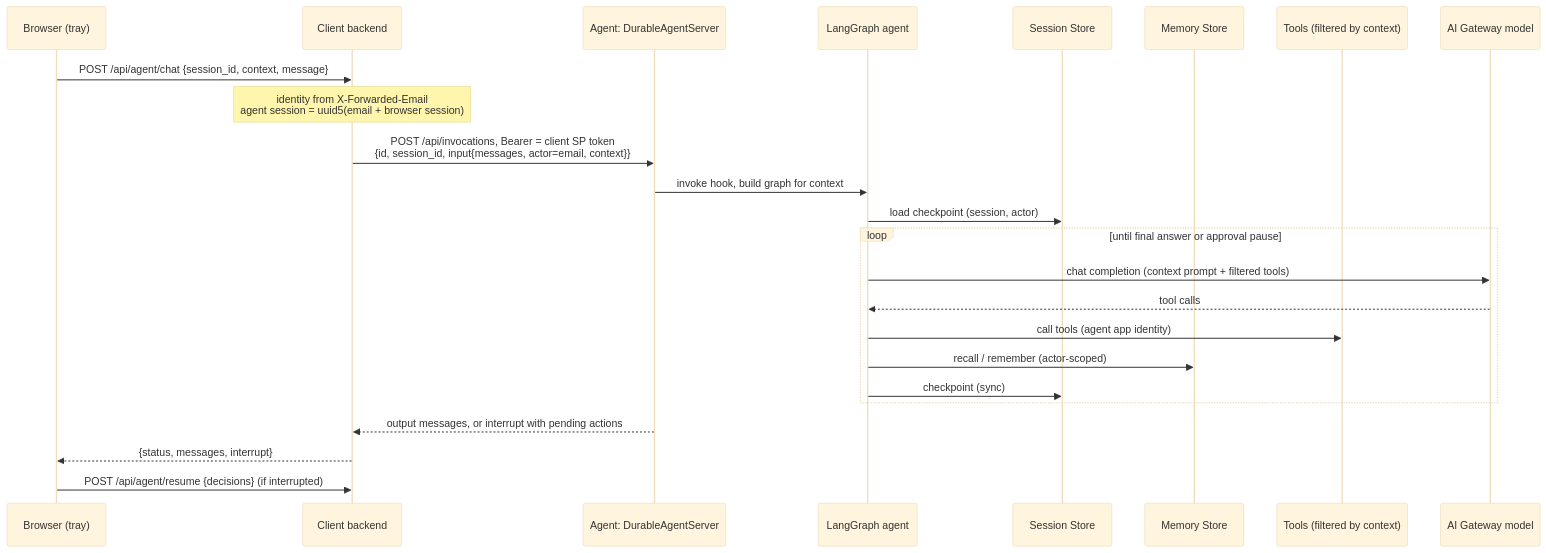
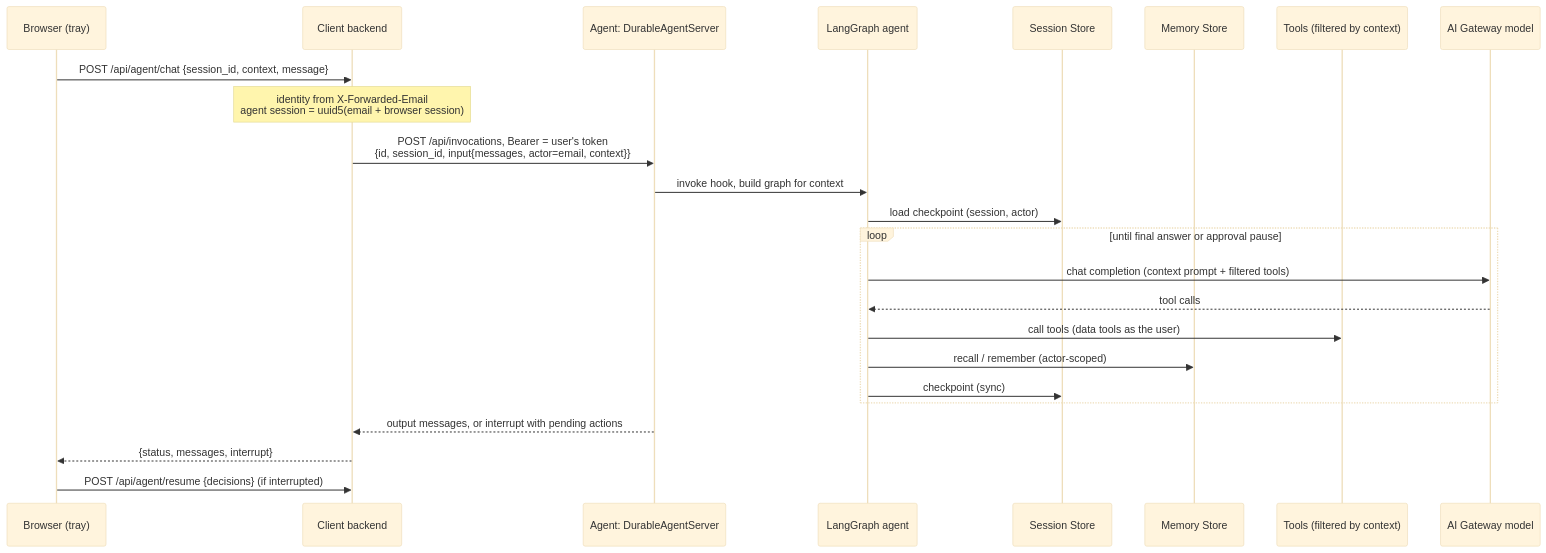
One commit to TaylorAHanson/executive-intelligence changed the third of 7 diagrams in architecture.md. Above: the diagram before and after it, drawn with Mermaid (base theme). The commit also changed other lines of this file and 15 other files, not shown here.

First line of the commit message:
Run the agent's data tools as the signed-in user

````diff
--- a/architecture.md
+++ b/architecture.md
@@ -285,27 +285,27 @@
 ```mermaid
 sequenceDiagram
     participant B as Browser (tray)
     participant C as Client backend
     participant S as Agent: DurableAgentServer
     participant G as LangGraph agent
     participant SS as Session Store
     participant MS as Memory Store
     participant T as Tools (filtered by context)
     participant L as AI Gateway model
 
     B->>C: POST /api/agent/chat {session_id, context, message}
     Note over C: identity from X-Forwarded-Email<br/>agent session = uuid5(email + browser session)
-    C->>S: POST /api/invocations, Bearer = client SP token<br/>{id, session_id, input{messages, actor=email, context}}
+    C->>S: POST /api/invocations, Bearer = user's token<br/>{id, session_id, input{messages, actor=email, context}}
     S->>G: invoke hook, build graph for context
     G->>SS: load checkpoint (session, actor)
     loop until final answer or approval pause
         G->>L: chat completion (context prompt + filtered tools)
         L-->>G: tool calls
-        G->>T: call tools (agent app identity)
+        G->>T: call tools (data tools as the user)
         G->>MS: recall / remember (actor-scoped)
         G->>SS: checkpoint (sync)
     end
     S-->>C: output messages, or interrupt with pending actions
     C-->>B: {status, messages, interrupt}
     B->>C: POST /api/agent/resume {decisions} (if interrupted)
 ```
````
